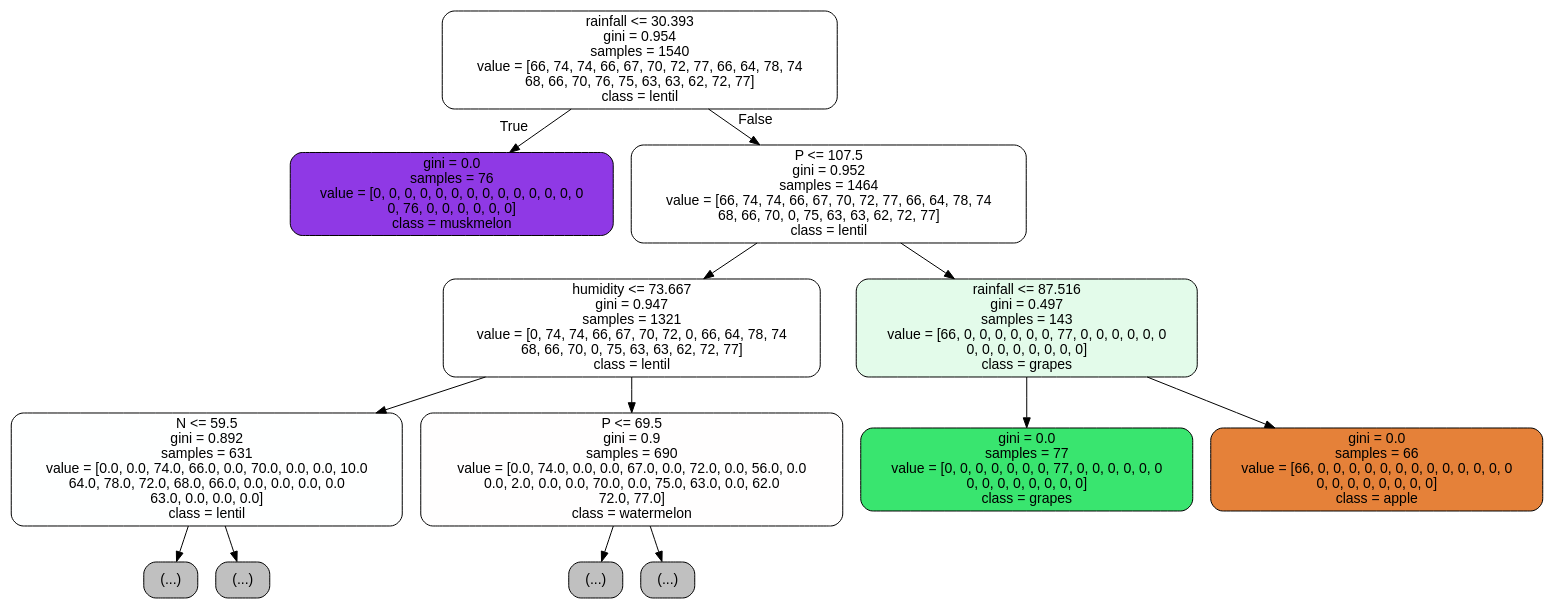
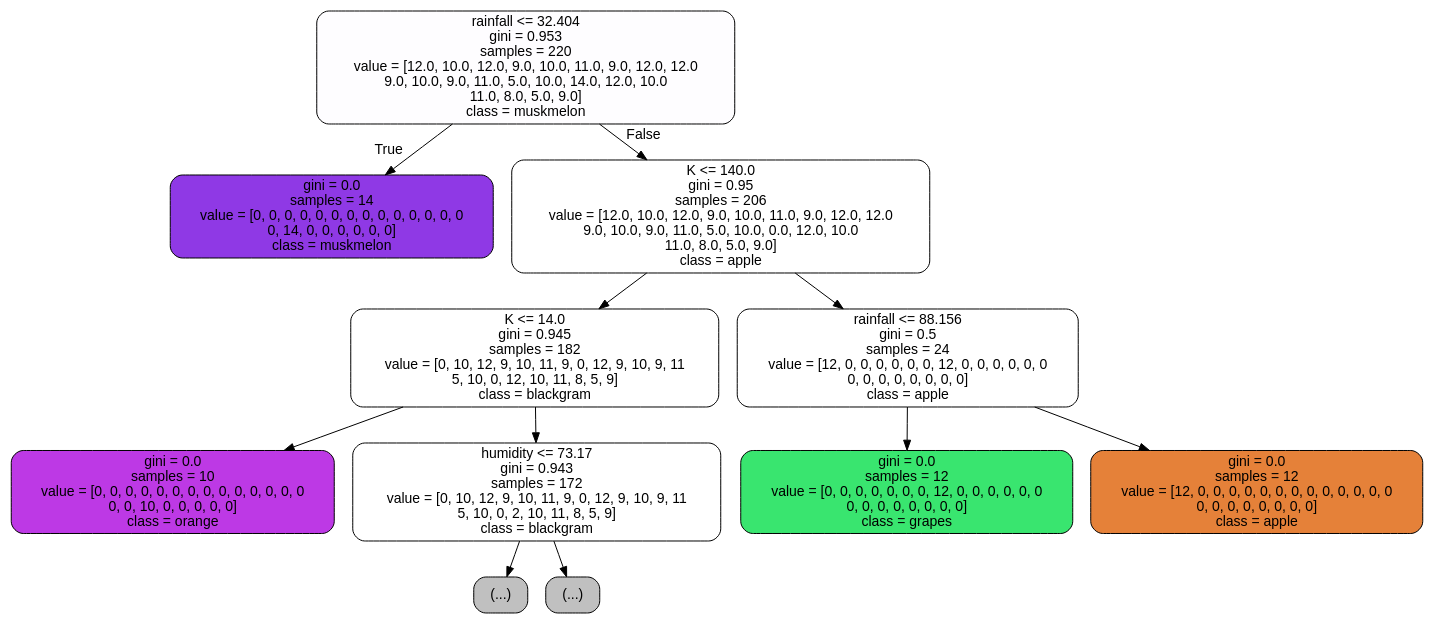
Before and after one commit to ashuthe1/Crop_Recommendation_System: the diagram in precomputation/decision_tree.dot, drawn with Graphviz. The commit also changed 6 other files, not shown here.

```diff
--- a/precomputation/decision_tree.dot
+++ b/precomputation/decision_tree.dot
@@ -1,29 +1,25 @@
 digraph Tree {
 node [shape=box, style="filled, rounded", color="black", fontname="helvetica"] ;
 edge [fontname="helvetica"] ;
-0 [label="rainfall <= 30.393\ngini = 0.954\nsamples = 1540\nvalue = [66, 74, 74, 66, 67, 70, 72, 77, 66, 64, 78, 74\n68, 66, 70, 76, 75, 63, 63, 62, 72, 77]\nclass = lentil", fillcolor="#ffffff"] ;
-1 [label="gini = 0.0\nsamples = 76\nvalue = [0, 0, 0, 0, 0, 0, 0, 0, 0, 0, 0, 0, 0, 0\n0, 76, 0, 0, 0, 0, 0, 0]\nclass = muskmelon", fillcolor="#8f39e5"] ;
+0 [label="rainfall <= 32.404\ngini = 0.953\nsamples = 220\nvalue = [12.0, 10.0, 12.0, 9.0, 10.0, 11.0, 9.0, 12.0, 12.0\n9.0, 10.0, 9.0, 11.0, 5.0, 10.0, 14.0, 12.0, 10.0\n11.0, 8.0, 5.0, 9.0]\nclass = muskmelon", fillcolor="#fefdff"] ;
+1 [label="gini = 0.0\nsamples = 14\nvalue = [0, 0, 0, 0, 0, 0, 0, 0, 0, 0, 0, 0, 0, 0\n0, 14, 0, 0, 0, 0, 0, 0]\nclass = muskmelon", fillcolor="#8f39e5"] ;
 0 -> 1 [labeldistance=2.5, labelangle=45, headlabel="True"] ;
-2 [label="P <= 107.5\ngini = 0.952\nsamples = 1464\nvalue = [66, 74, 74, 66, 67, 70, 72, 77, 66, 64, 78, 74\n68, 66, 70, 0, 75, 63, 63, 62, 72, 77]\nclass = lentil", fillcolor="#ffffff"] ;
+2 [label="K <= 140.0\ngini = 0.95\nsamples = 206\nvalue = [12.0, 10.0, 12.0, 9.0, 10.0, 11.0, 9.0, 12.0, 12.0\n9.0, 10.0, 9.0, 11.0, 5.0, 10.0, 0.0, 12.0, 10.0\n11.0, 8.0, 5.0, 9.0]\nclass = apple", fillcolor="#ffffff"] ;
 0 -> 2 [labeldistance=2.5, labelangle=-45, headlabel="False"] ;
-3 [label="humidity <= 73.667\ngini = 0.947\nsamples = 1321\nvalue = [0, 74, 74, 66, 67, 70, 72, 0, 66, 64, 78, 74\n68, 66, 70, 0, 75, 63, 63, 62, 72, 77]\nclass = lentil", fillcolor="#ffffff"] ;
+3 [label="K <= 14.0\ngini = 0.945\nsamples = 182\nvalue = [0, 10, 12, 9, 10, 11, 9, 0, 12, 9, 10, 9, 11\n5, 10, 0, 12, 10, 11, 8, 5, 9]\nclass = blackgram", fillcolor="#ffffff"] ;
 2 -> 3 ;
-4 [label="N <= 59.5\ngini = 0.892\nsamples = 631\nvalue = [0.0, 0.0, 74.0, 66.0, 0.0, 70.0, 0.0, 0.0, 10.0\n64.0, 78.0, 72.0, 68.0, 66.0, 0.0, 0.0, 0.0, 0.0\n63.0, 0.0, 0.0, 0.0]\nclass = lentil", fillcolor="#feffff"] ;
+4 [label="gini = 0.0\nsamples = 10\nvalue = [0, 0, 0, 0, 0, 0, 0, 0, 0, 0, 0, 0, 0, 0\n0, 0, 10, 0, 0, 0, 0, 0]\nclass = orange", fillcolor="#bd39e5"] ;
 3 -> 4 ;
-5 [label="(...)", fillcolor="#C0C0C0"] ;
-4 -> 5 ;
-28 [label="(...)", fillcolor="#C0C0C0"] ;
-4 -> 28 ;
-37 [label="P <= 69.5\ngini = 0.9\nsamples = 690\nvalue = [0.0, 74.0, 0.0, 0.0, 67.0, 0.0, 72.0, 0.0, 56.0, 0.0\n0.0, 2.0, 0.0, 0.0, 70.0, 0.0, 75.0, 63.0, 0.0, 62.0\n72.0, 77.0]\nclass = watermelon", fillcolor="#fffefe"] ;
-3 -> 37 ;
-38 [label="(...)", fillcolor="#C0C0C0"] ;
-37 -> 38 ;
-75 [label="(...)", fillcolor="#C0C0C0"] ;
-37 -> 75 ;
-78 [label="rainfall <= 87.516\ngini = 0.497\nsamples = 143\nvalue = [66, 0, 0, 0, 0, 0, 0, 77, 0, 0, 0, 0, 0, 0\n0, 0, 0, 0, 0, 0, 0, 0]\nclass = grapes", fillcolor="#e3fbea"] ;
-2 -> 78 ;
-79 [label="gini = 0.0\nsamples = 77\nvalue = [0, 0, 0, 0, 0, 0, 0, 77, 0, 0, 0, 0, 0, 0\n0, 0, 0, 0, 0, 0, 0, 0]\nclass = grapes", fillcolor="#39e56f"] ;
-78 -> 79 ;
-80 [label="gini = 0.0\nsamples = 66\nvalue = [66, 0, 0, 0, 0, 0, 0, 0, 0, 0, 0, 0, 0, 0\n0, 0, 0, 0, 0, 0, 0, 0]\nclass = apple", fillcolor="#e58139"] ;
-78 -> 80 ;
+5 [label="humidity <= 73.17\ngini = 0.943\nsamples = 172\nvalue = [0, 10, 12, 9, 10, 11, 9, 0, 12, 9, 10, 9, 11\n5, 10, 0, 2, 10, 11, 8, 5, 9]\nclass = blackgram", fillcolor="#ffffff"] ;
+3 -> 5 ;
+6 [label="(...)", fillcolor="#C0C0C0"] ;
+5 -> 6 ;
+29 [label="(...)", fillcolor="#C0C0C0"] ;
+5 -> 29 ;
+50 [label="rainfall <= 88.156\ngini = 0.5\nsamples = 24\nvalue = [12, 0, 0, 0, 0, 0, 0, 12, 0, 0, 0, 0, 0, 0\n0, 0, 0, 0, 0, 0, 0, 0]\nclass = apple", fillcolor="#ffffff"] ;
+2 -> 50 ;
+51 [label="gini = 0.0\nsamples = 12\nvalue = [0, 0, 0, 0, 0, 0, 0, 12, 0, 0, 0, 0, 0, 0\n0, 0, 0, 0, 0, 0, 0, 0]\nclass = grapes", fillcolor="#39e56f"] ;
+50 -> 51 ;
+52 [label="gini = 0.0\nsamples = 12\nvalue = [12, 0, 0, 0, 0, 0, 0, 0, 0, 0, 0, 0, 0, 0\n0, 0, 0, 0, 0, 0, 0, 0]\nclass = apple", fillcolor="#e58139"] ;
+50 -> 52 ;
 }
```
